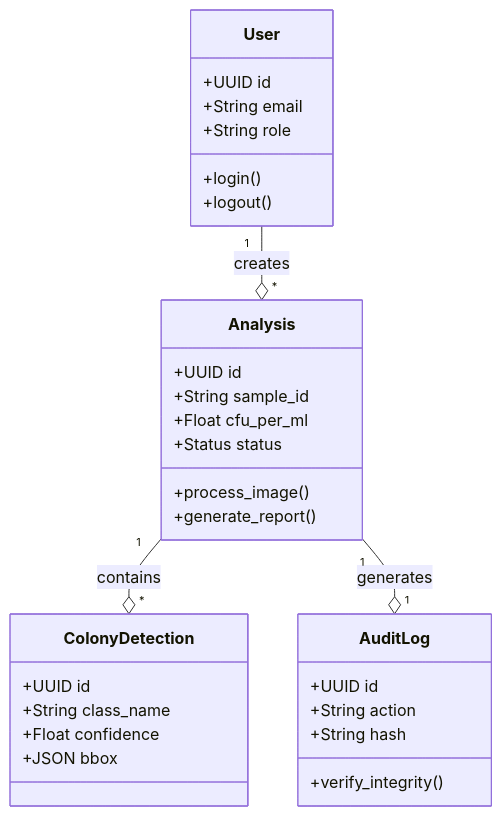
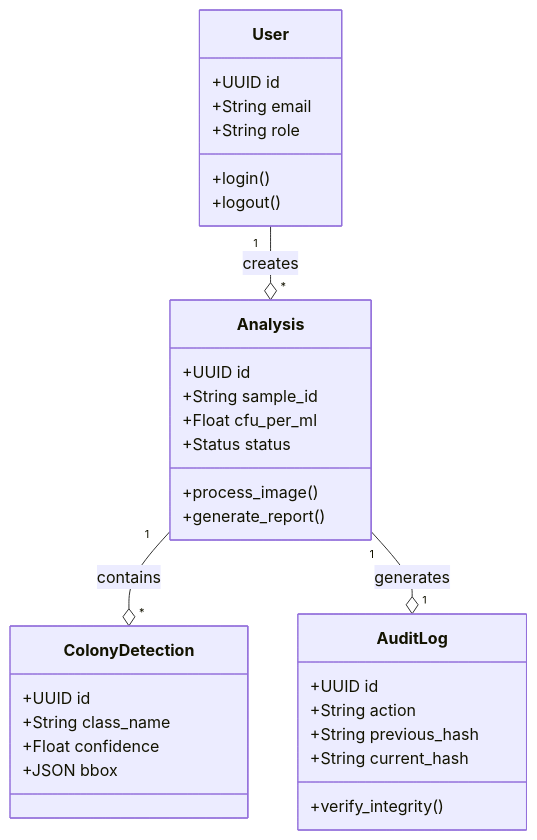
Before and after one commit to wi5nuu/colonyai: the first of 8 diagrams in project-management/08-uml-architecture.md, drawn with Mermaid. The commit also changed other lines of this file and 92 other files, not shown here.

````diff
--- a/project-management/08-uml-architecture.md
+++ b/project-management/08-uml-architecture.md
@@ -10,34 +10,35 @@
 ```mermaid
 classDiagram
     class User {
         +UUID id
         +String email
         +String role
         +login()
         +logout()
     }
     class Analysis {
         +UUID id
         +String sample_id
         +Float cfu_per_ml
         +Status status
         +process_image()
         +generate_report()
     }
     class ColonyDetection {
         +UUID id
         +String class_name
         +Float confidence
         +JSON bbox
     }
     class AuditLog {
         +UUID id
         +String action
-        +String hash
+        +String previous_hash
+        +String current_hash
         +verify_integrity()
     }
 
     User "1" --o "*" Analysis : creates
     Analysis "1" --o "*" ColonyDetection : contains
     Analysis "1" --o "1" AuditLog : generates
 ```
````
